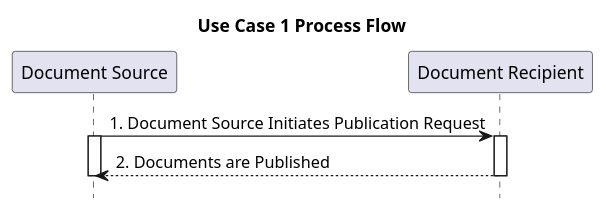
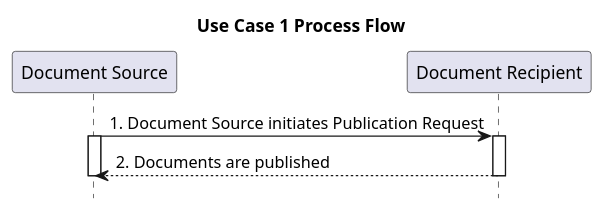
Before and after one commit to IHE/ITI.MHD: the diagram in input/images-source/usecase1-processflow.plantuml, drawn with PlantUML. The commit also changed 4 other files, not shown here.

```diff
--- a/input/images-source/usecase1-processflow.plantuml
+++ b/input/images-source/usecase1-processflow.plantuml
@@ -1,12 +1,12 @@
 @startuml
 title Use Case 1 Process Flow
 hide footbox
 participant "Document Source" as DocumentSource
 participant "Document Recipient" as DocumentRecipient
-DocumentSource -> DocumentRecipient : 1. Document Source Initiates Publication Request
+DocumentSource -> DocumentRecipient : 1. Document Source initiates Publication Request
 activate DocumentSource
 activate DocumentRecipient
-DocumentRecipient --> DocumentSource : 2. Documents are Published
+DocumentRecipient --> DocumentSource : 2. Documents are published
 deactivate DocumentSource
 deactivate DocumentRecipient
 @enduml
```
